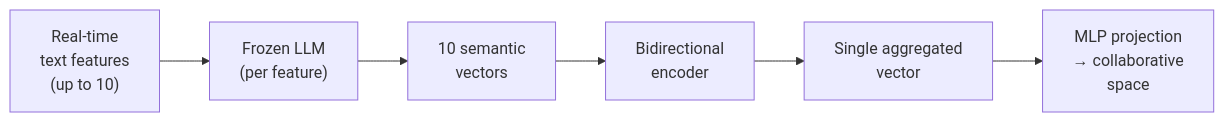
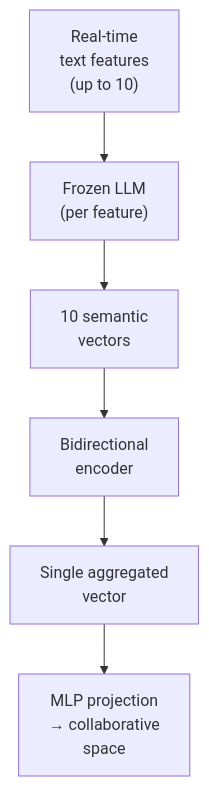
Before and after one commit to naskovai/naskovai.github.io: the second of 4 diagrams in content/posts/large-id-embeddings-in-recsys/index.md, drawn with Mermaid. The commit also changed other lines of this file, not shown here.

Commit message:
mermaid TD

````diff
--- a/content/posts/large-id-embeddings-in-recsys/index.md
+++ b/content/posts/large-id-embeddings-in-recsys/index.md
@@ -156,8 +156,8 @@
 ```mermaid
-graph LR
+graph TD
     A["Real-time<br/>text features<br/>(up to 10)"] --> B["Frozen LLM<br/>(per feature)"]
     B --> C["10 semantic<br/>vectors"]
     C --> D["Bidirectional<br/>encoder"]
     D --> E["Single aggregated<br/>vector"]
     E --> F["MLP projection<br/>→ collaborative<br/>space"]
 ```
````
